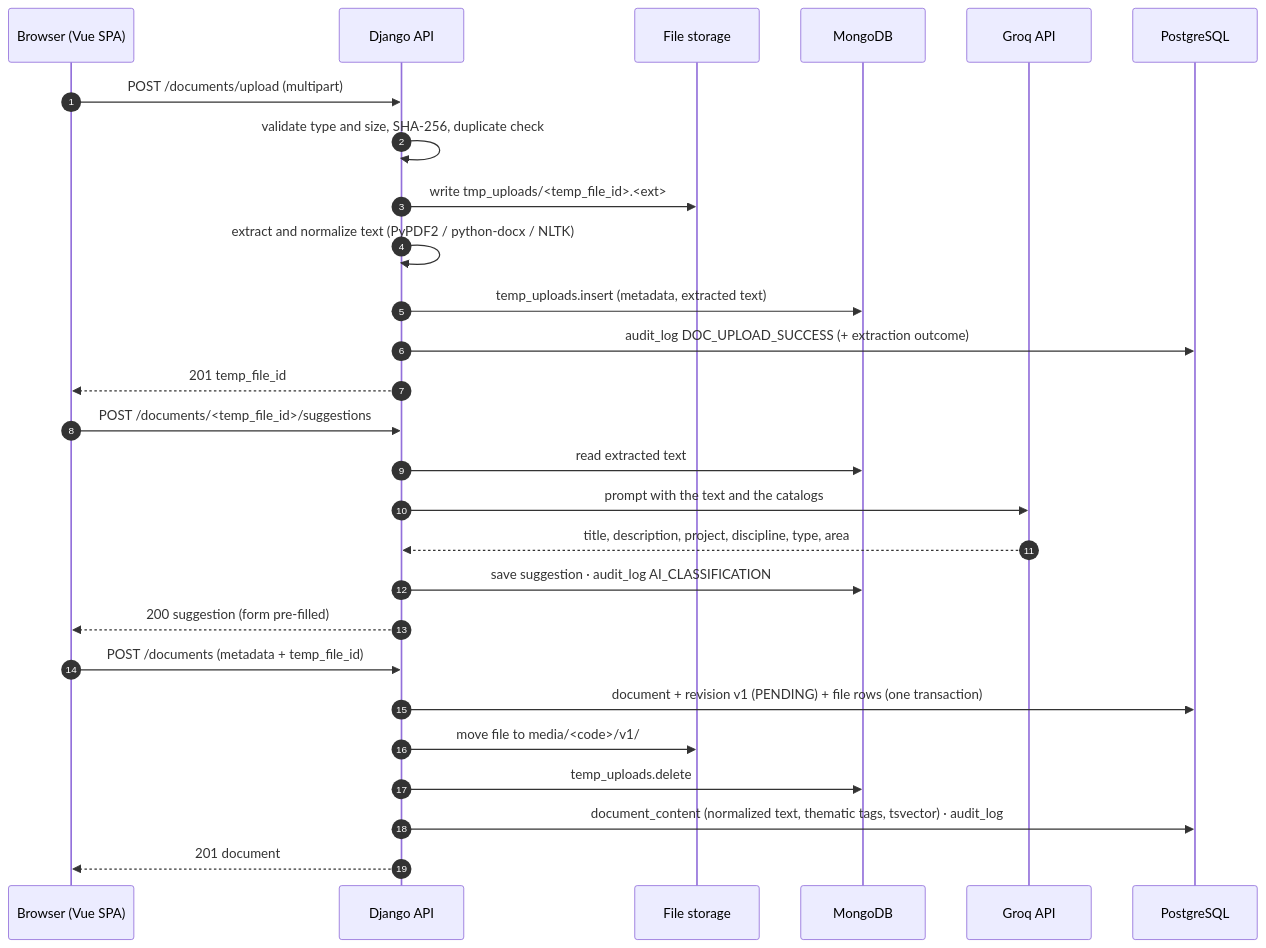
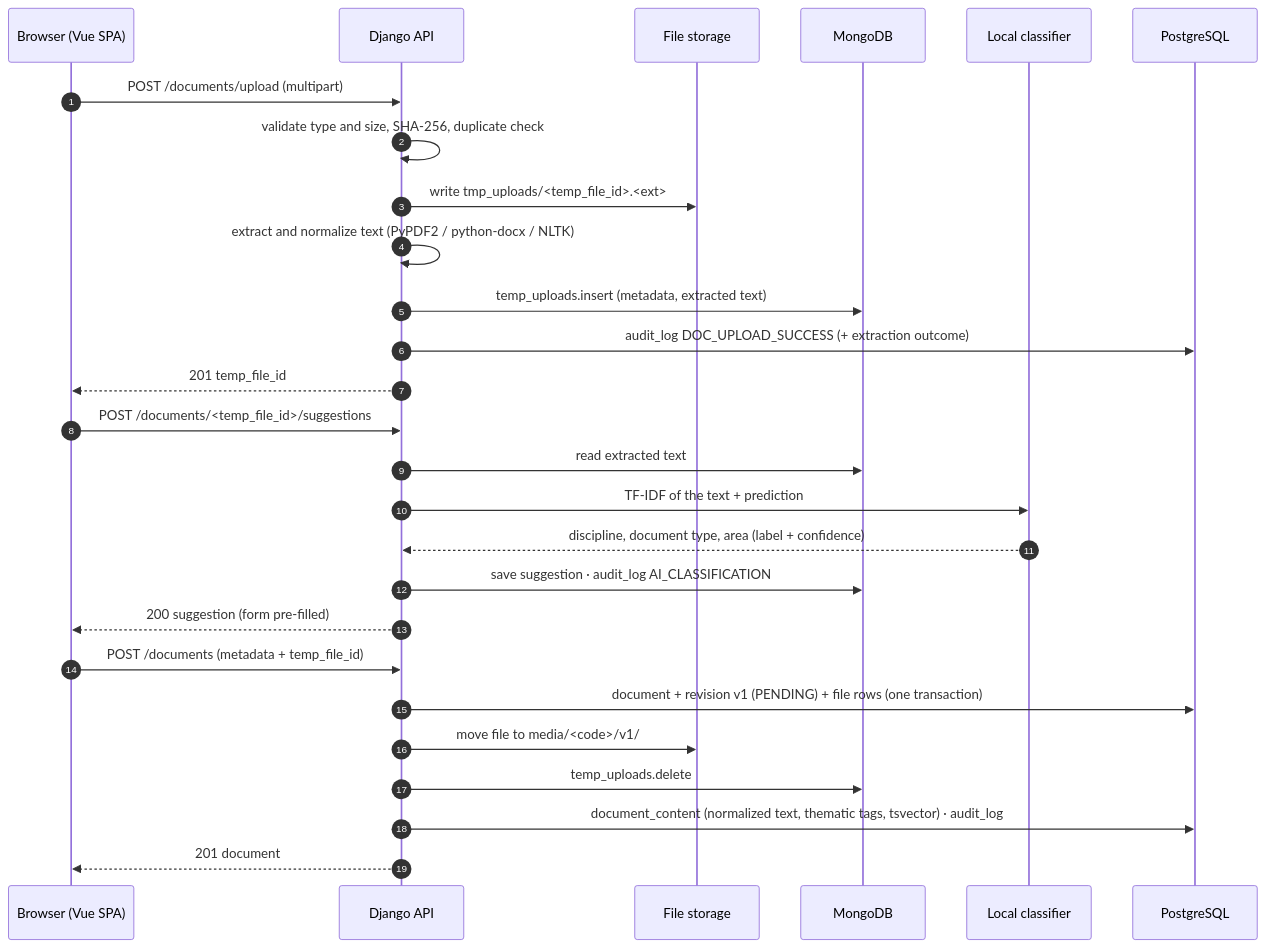
One commit to Pragma-Co/backend-indice changed the diagram in docs/architecture/flow-registration.mmd. Above: the diagram before and after it, drawn with Mermaid. The commit also changed 6 other files, not shown here.

Commit message:
docs(#80): reflect the local classifier, Ollama summaries and document vectors

```diff
--- a/docs/architecture/flow-registration.mmd
+++ b/docs/architecture/flow-registration.mmd
@@ -1,28 +1,28 @@
 sequenceDiagram
     autonumber
     participant B as Browser (Vue SPA)
     participant A as Django API
     participant FS as File storage
     participant M as MongoDB
-    participant G as Groq API
+    participant C as Local classifier
     participant DB as PostgreSQL
 
     B->>A: POST /documents/upload (multipart)
     A->>A: validate type and size, SHA-256, duplicate check
     A->>FS: write tmp_uploads/<temp_file_id>.<ext>
     A->>A: extract and normalize text (PyPDF2 / python-docx / NLTK)
     A->>M: temp_uploads.insert (metadata, extracted text)
     A->>DB: audit_log DOC_UPLOAD_SUCCESS (+ extraction outcome)
     A-->>B: 201 temp_file_id
     B->>A: POST /documents/<temp_file_id>/suggestions
     A->>M: read extracted text
-    A->>G: prompt with the text and the catalogs
-    G-->>A: title, description, project, discipline, type, area
+    A->>C: TF-IDF of the text + prediction
+    C-->>A: discipline, document type, area (label + confidence)
     A->>M: save suggestion · audit_log AI_CLASSIFICATION
     A-->>B: 200 suggestion (form pre-filled)
     B->>A: POST /documents (metadata + temp_file_id)
     A->>DB: document + revision v1 (PENDING) + file rows (one transaction)
     A->>FS: move file to media/<code>/v1/
     A->>M: temp_uploads.delete
     A->>DB: document_content (normalized text, thematic tags, tsvector) · audit_log
     A-->>B: 201 document
```
